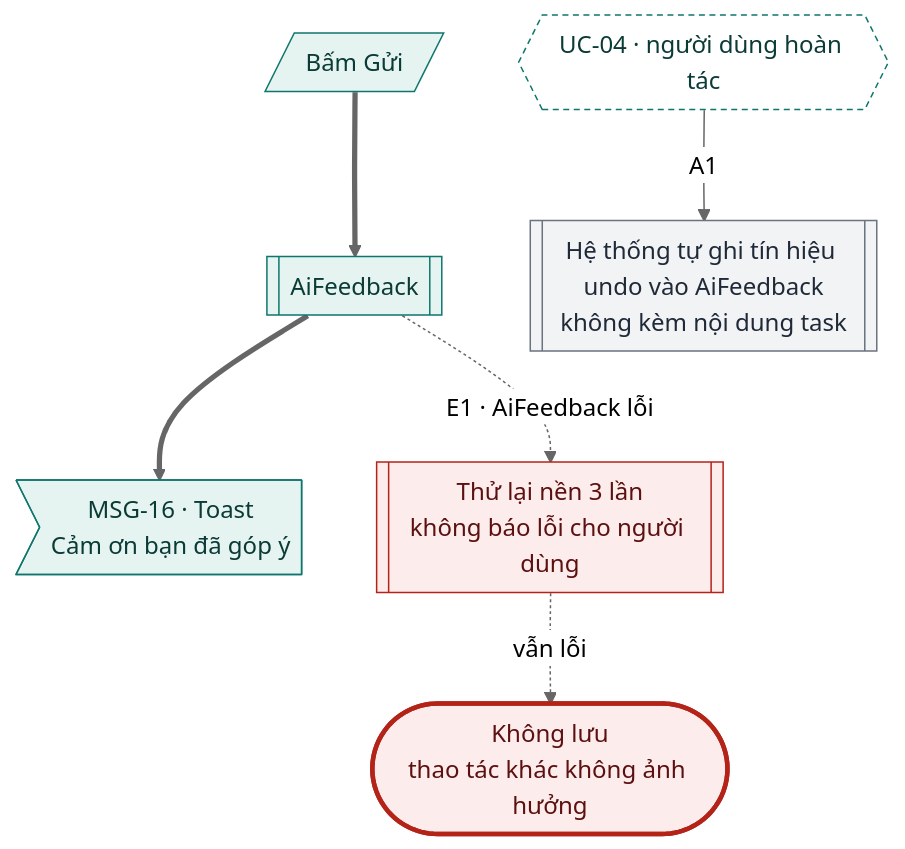
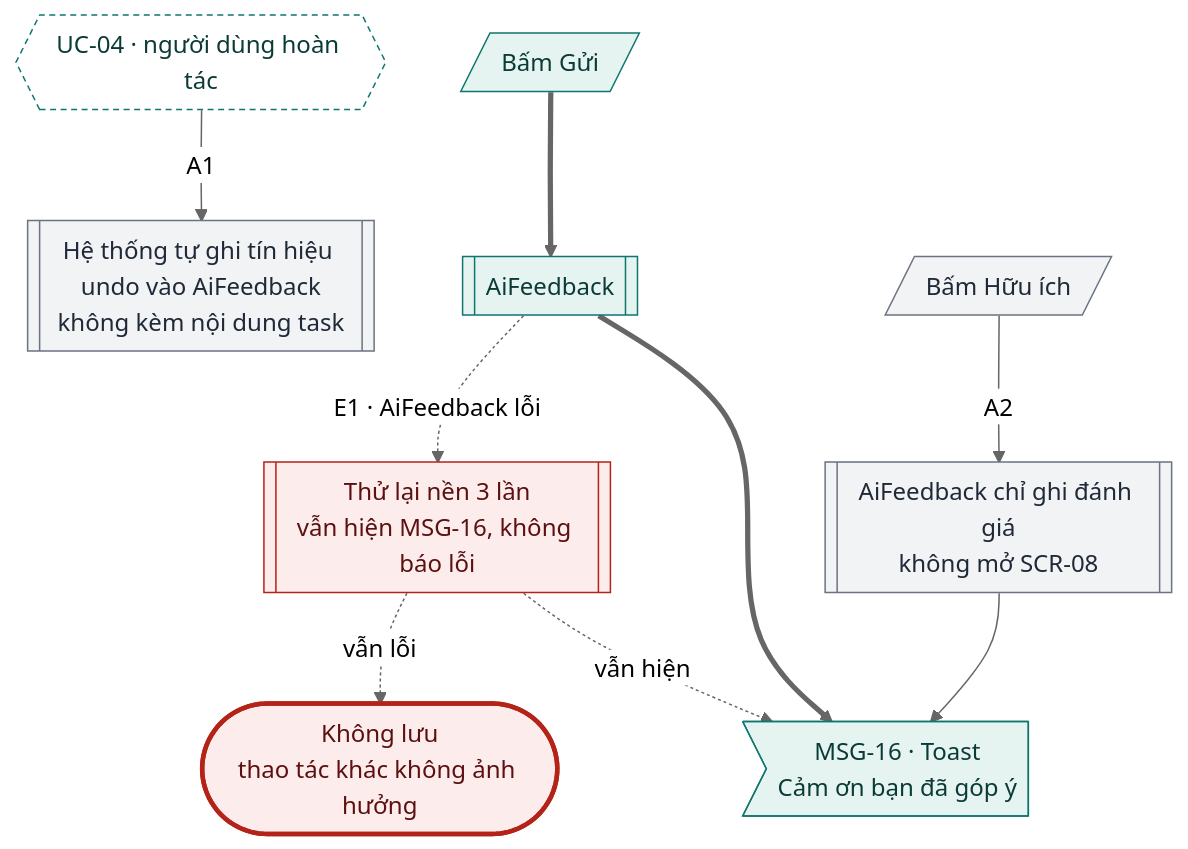
One commit to tannguyenho/personal-app changed diagram 17 of 29 in docs/design-brief/flow/g10-tro-ly-ai.md. Above: the diagram before and after it, drawn with Mermaid (neutral theme). The commit also changed other lines of this file and 6 other files, not shown here.

First line of the commit message:
docs(G01, G10): áp quyết định PO 09/11 vào SRS, PRD, flow; IA trỏ mã mới

````diff
--- a/docs/design-brief/flow/g10-tro-ly-ai.md
+++ b/docs/design-brief/flow/g10-tro-ly-ai.md
@@ -765,26 +821,29 @@
 ```mermaid
 flowchart TD
   u2[/"Bấm Gửi"/]
   p1[["AiFeedback"]]
   m1>"MSG-16 · Toast<br/>Cảm ơn bạn đã góp ý"]
   u2 ==> p1 ==> m1
 
   x4{{"UC-04 · người dùng hoàn tác"}} -->|"A1"| a1[["Hệ thống tự ghi tín hiệu undo vào AiFeedback<br/>không kèm nội dung task"]]
-  p1 -.->|"E1 · AiFeedback lỗi"| e1[["Thử lại nền 3 lần<br/>không báo lỗi cho người dùng"]]
+  a2u[/"Bấm Hữu ích"/] -->|"A2"| a2p[["AiFeedback chỉ ghi đánh giá<br/>không mở SCR-08"]]
+  a2p --> m1
+  p1 -.->|"E1 · AiFeedback lỗi"| e1[["Thử lại nền 3 lần<br/>vẫn hiện MSG-16, không báo lỗi"]]
+  e1 -.->|"vẫn hiện"| m1
   e1 -.->|"vẫn lỗi"| fail(["Không lưu<br/>thao tác khác không ảnh hưởng"])
 
   class u2,p1,m1 happy
-  class a1 alt
+  class a1,a2u,a2p alt
   class x4 link
   class e1 err
   class fail fail
   classDef happy fill:#E6F4F1,stroke:#0F766E,color:#0B3B36
   classDef alt fill:#F1F3F5,stroke:#6B7280,color:#1F2937
   classDef err fill:#FDECEC,stroke:#B42318,color:#5C1010
   classDef warn fill:#FEF4E2,stroke:#B45309,color:#4A2604
   classDef ai fill:#F1ECFD,stroke:#6D28D9,color:#2E1065
   classDef sync fill:#FFFFFF,stroke:#6B7280,stroke-dasharray:4 3,color:#1F2937
   classDef link fill:#FFFFFF,stroke:#0F766E,stroke-dasharray:4 3,color:#0B3B36
   classDef done fill:#E6F4F1,stroke:#0F766E,stroke-width:3px,color:#0B3B36
   classDef fail fill:#FDECEC,stroke:#B42318,stroke-width:3px,color:#5C1010
 ```
````
